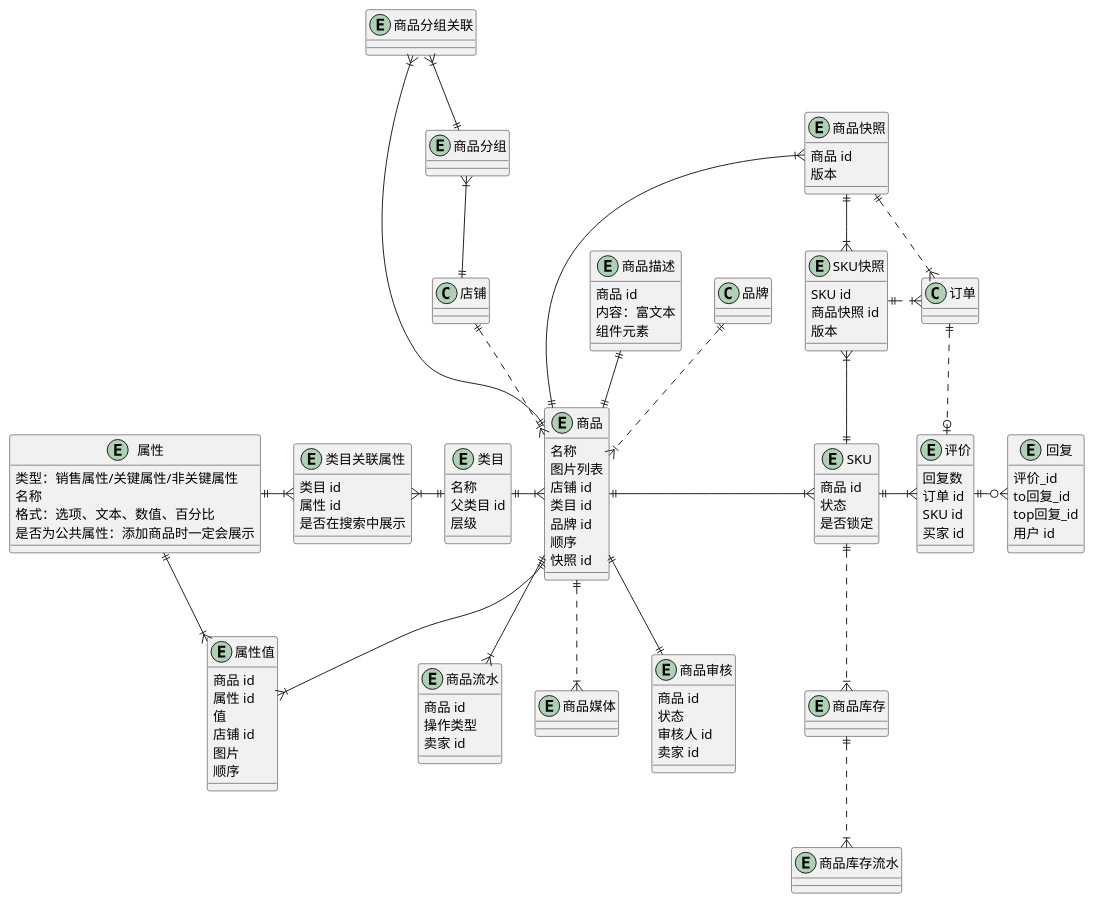
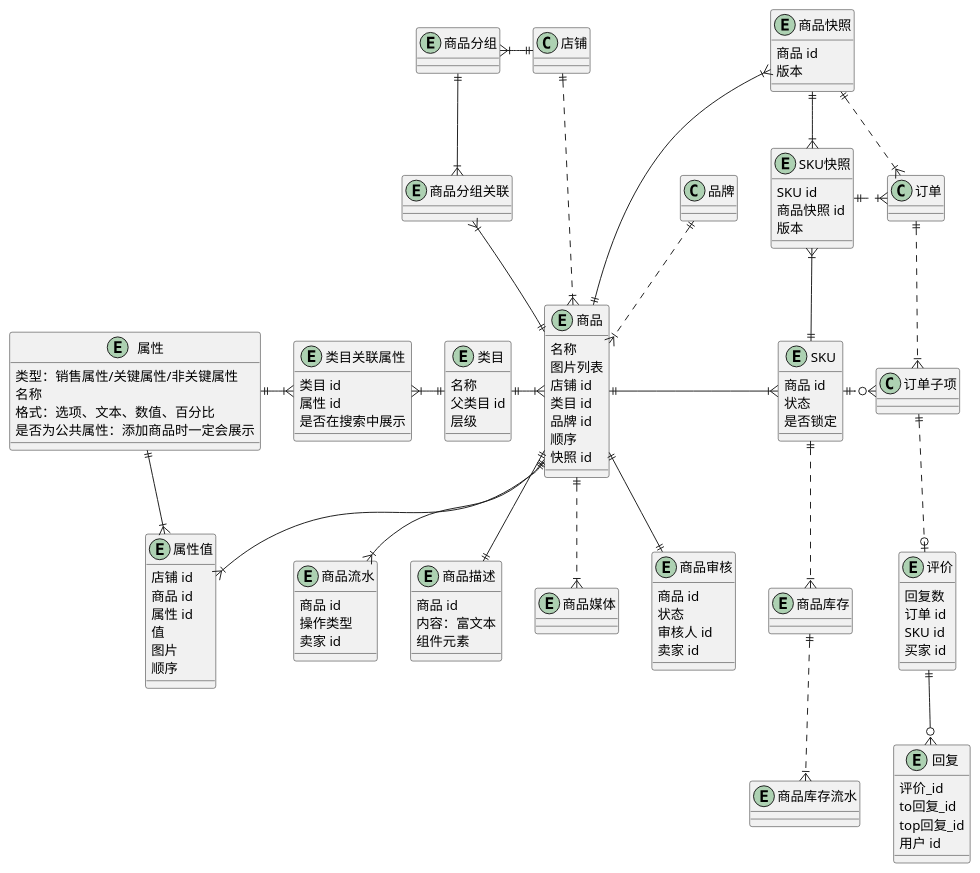
The diagram in 商品.wsd (awesomecat2020/mock-mall), drawn with PlantUML before and after one commit. The commit also changed 2 other files, not shown here.

Commit message:
UML-订单

```diff
--- a/商品.wsd
+++ b/商品.wsd
@@ -1,137 +1,141 @@
 @startuml 商品UML
 
 ' ==================== 商品 ====================
 entity 商品 {
     名称
     图片列表
     店铺 id
     类目 id
     品牌 id
     顺序
     快照 id
-}
-entity SKU {
-    商品 id
-    状态
-    是否锁定
 }
 entity 类目 {
     名称
     父类目 id
     层级
 }
 entity 商品审核 {
     商品 id
     状态
     审核人 id
     卖家 id
 }
 entity 商品流水 {
     商品 id
     操作类型
     卖家 id
 }
 entity 商品描述 {
     商品 id
     ' 字数要大于5个字符，小于25000个字符 ，受违禁词控制
     内容：富文本
     组件元素
 }
 entity 商品媒体 {
     ' 暂不做
 }
+entity 商品分组 {
+
+}
+entity 商品分组关联 {
+
+}
+' entity 后台类目 {
+' 
+' }
+
+店铺 ||..|{ 商品
+商品 }|.u.|| 品牌
+类目 ||-|{ 商品
+商品 ||--|| 商品审核
+商品 ||--|{ 商品流水
+商品 ||--|| 商品描述
+商品 ||..|{ 商品媒体
+' 分组
+店铺 ||-l-|{ 商品分组
+商品分组关联 }|-u-|| 商品分组
+商品 ||-u-|{ 商品分组关联
+
+
+' ==================== 订单 ====================
+entity SKU {
+    商品 id
+    状态
+    是否锁定
+}
 entity 商品库存 {
     ' 暂不做
 }
 entity 商品库存流水 {
     ' 暂不做
-}
-entity 商品分组 {
-
-}
-entity 商品分组关联 {
-
 }
 entity 商品快照 {
     商品 id
     版本
 }
 entity SKU快照 {
     SKU id
     商品快照 id
     版本
 }
 
-' entity 后台类目 {
-' 
-' }
-
-店铺 ||..|{ 商品
-商品 }|.u.|| 品牌
-类目 ||-|{ 商品
 商品 ||-|{ SKU
-商品 ||--|| 商品审核
-商品 ||--|{ 商品流水
-商品 ||-u-|| 商品描述
-商品 ||..|{ 商品媒体
 SKU ||..|{ 商品库存
 商品库存 ||..|{ 商品库存流水
-' 分组
-店铺 ||-u-|{ 商品分组
-商品分组关联 }|--|| 商品分组
-商品 ||-u-|{ 商品分组关联
+SKU ||.o{ 订单子项
 ' 快照
 SKU ||-u-|{ SKU快照
 SKU快照 ||.|{ 订单
 商品快照 ||--|{ SKU快照
 商品 ||-u-|{ 商品快照
 商品快照 ||.|{ 订单
 
 ' ==================== 属性 ====================
 entity 属性 {
     ' 类目不同，属性不同
     类型：销售属性/关键属性/非关键属性
     名称
     格式：选项、文本、数值、百分比
     是否为公共属性：添加商品时一定会展示
 }
 entity 类目关联属性 {
     类目 id
     属性 id
     是否在搜索中展示
 }
 entity 属性值 {
+    店铺 id
     商品 id
     属性 id
     值
-    店铺 id
     图片
     顺序
 }
 
 属性 ||-|{ 类目关联属性
 类目关联属性 }|-|| 类目
 属性 ||--|{ 属性值
 商品 ||--|{ 属性值
 
 
 ' ==================== 评价 ====================
 entity 评价 {
     回复数
     订单 id
     SKU id
     买家 id
 }
 entity 回复 {
     评价_id
     to回复_id
     top回复_id
     用户 id
 }
 
 
-SKU ||-|{ 评价
-评价 |o.u.|| 订单
-评价 ||-o{ 回复
+评价 |o.u.|| 订单子项
+订单子项 }|.u.|| 订单
+评价 ||--o{ 回复
 
 @enduml
```
